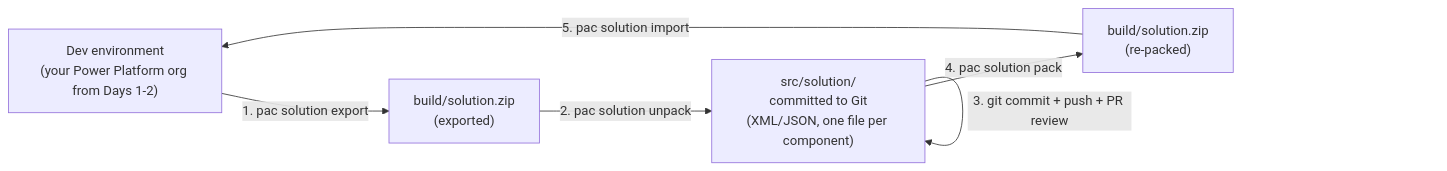
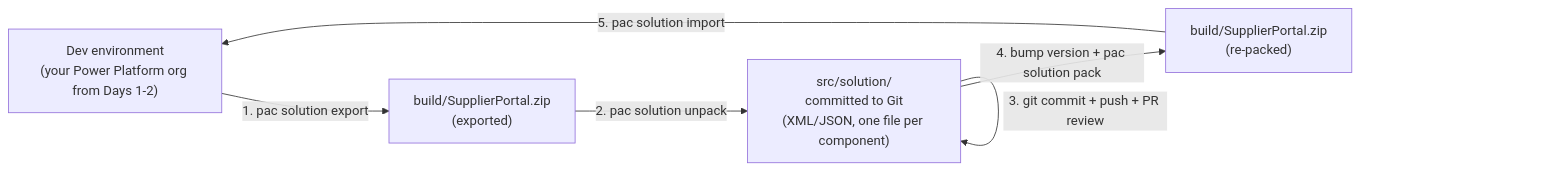
One commit to neerajnandwana-msft/powerpages-lab changed the diagram in docs/alm/10-solution-and-dependencies.md. Above: the diagram before and after it, drawn with Mermaid. The commit also changed other lines of this file and 2 other files, not shown here.

Commit message:
Update documentation for Lab 10 and Lab 04; clarify solution export process and service layer planning

````diff
--- a/docs/alm/10-solution-and-dependencies.md
+++ b/docs/alm/10-solution-and-dependencies.md
@@ -120,13 +120,13 @@
 ```mermaid
 flowchart LR
     Dev["Dev environment<br/>(your Power Platform org from Days 1-2)"]
-    ZipOut["build/solution.zip<br/>(exported)"]
+    ZipOut["build/SupplierPortal.zip<br/>(exported)"]
     Src["src/solution/<br/>committed to Git<br/>(XML/JSON, one file per component)"]
-    ZipIn["build/solution.zip<br/>(re-packed)"]
+    ZipIn["build/SupplierPortal.zip<br/>(re-packed)"]
 
     Dev -->|"1. pac solution export"| ZipOut
     ZipOut -->|"2. pac solution unpack"| Src
     Src -->|"3. git commit + push + PR review"| Src
-    Src -->|"4. pac solution pack"| ZipIn
+    Src -->|"4. bump version + pac solution pack"| ZipIn
     ZipIn -->|"5. pac solution import"| Dev
 ```
````
